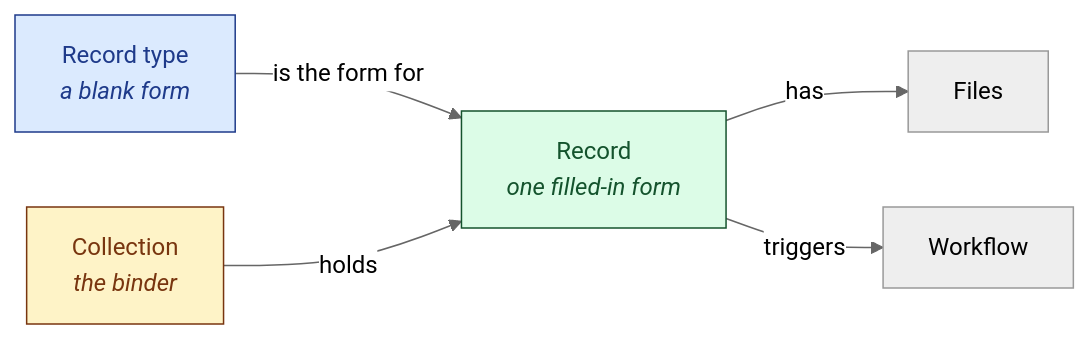
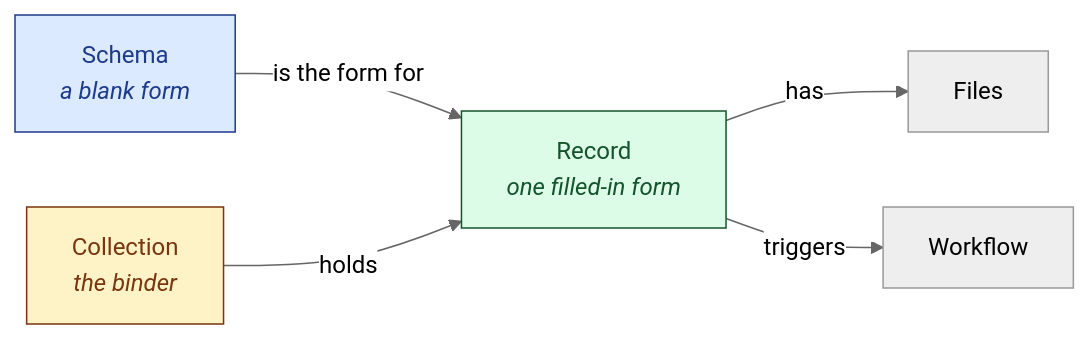
The diagram in docs/index.md (sullivan-james/civex-service), drawn with Mermaid (neutral theme) before and after one commit. The commit also changed other lines of this file and 49 other files, not shown here.

First line of the commit message:
Keep "schema": the word stays, the explanation goes where it is needed

````diff
--- a/docs/index.md
+++ b/docs/index.md
@@ -28,10 +28,10 @@
 ```mermaid
 flowchart LR
-    T["Record type<br/><i>a blank form</i>"]:::rt -->|is the form for| R["Record<br/><i>one filled-in form</i>"]:::rec
+    T["Schema<br/><i>a blank form</i>"]:::rt -->|is the form for| R["Record<br/><i>one filled-in form</i>"]:::rec
     C["Collection<br/><i>the binder</i>"]:::coll -->|holds| R
     R -->|has| F[Files]
     R -->|triggers| W[Workflow]
     classDef rt fill:#dbeafe,stroke:#1e3a8a,color:#1e3a8a
     classDef coll fill:#fef3c7,stroke:#78350f,color:#78350f
     classDef rec fill:#dcfce7,stroke:#14532d,color:#14532d
 ```
````
